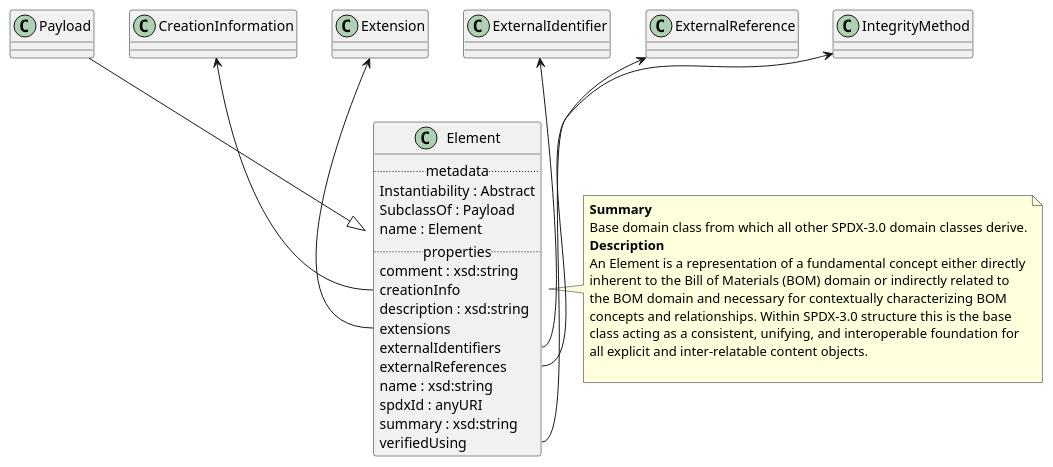
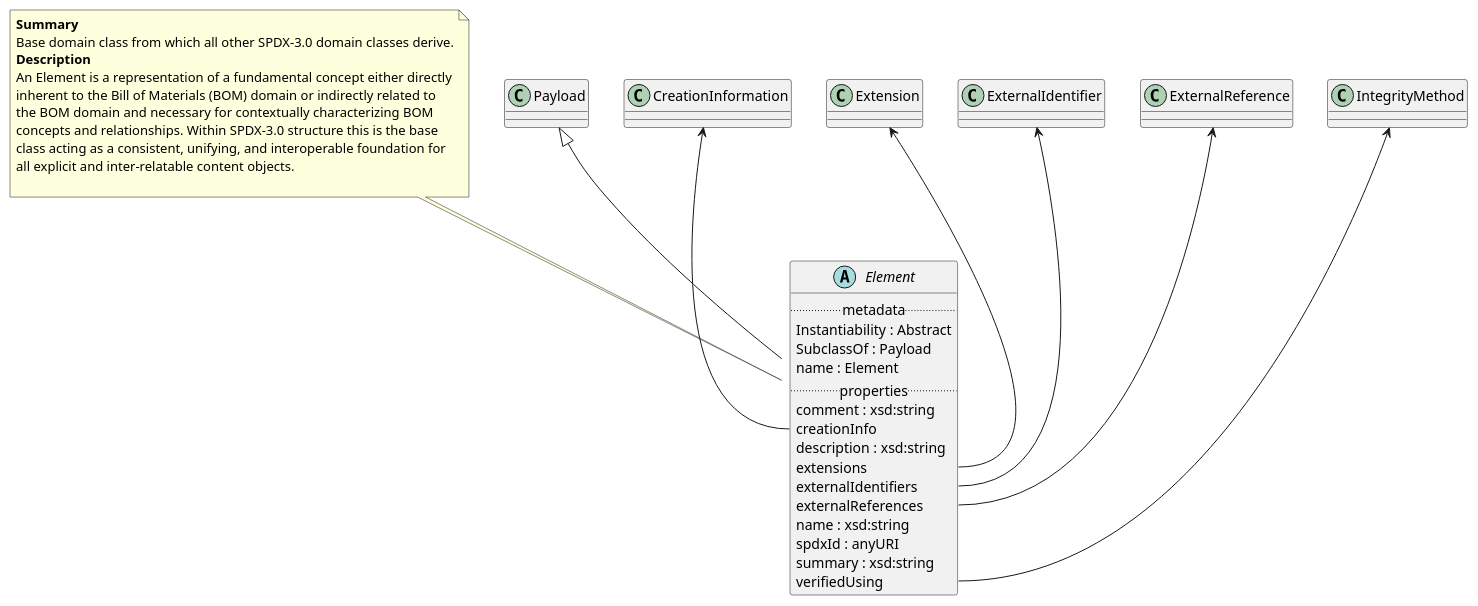
One commit to maxhbr/spec-parser.hs changed the diagram in Classes/Element.puml. Above: the diagram before and after it, drawn with PlantUML. The commit also changed 51 other files, not shown here.

```diff
--- a/Classes/Element.puml
+++ b/Classes/Element.puml
@@ -1,37 +1,37 @@
 @startuml
-class Element {
+abstract Element {
 .. metadata ..
     Instantiability : Abstract
     SubclassOf : Payload
     name : Element
 .. properties ..
     comment : xsd:string
     creationInfo
     description : xsd:string
     extensions
     externalIdentifiers
     externalReferences
     name : xsd:string
     spdxId : anyURI
     summary : xsd:string
     verifiedUsing
 }
-note right of Element
+note top of Element
 <b>Summary</b>
 Base domain class from which all other SPDX-3.0 domain classes derive.
 <b>Description</b>
 An Element is a representation of a fundamental concept either directly
 inherent to the Bill of Materials (BOM) domain or indirectly related to
 the BOM domain and necessary for contextually characterizing BOM
 concepts and relationships. Within SPDX-3.0 structure this is the base
 class acting as a consistent, unifying, and interoperable foundation for
 all explicit and inter-relatable content objects.
 
 end note
-"Payload" --|> "Element"
+"Payload" <|-- "Element"
 "CreationInformation" <-- "Element::creationInfo"
 "Extension" <-- "Element::extensions"
 "ExternalIdentifier" <-- "Element::externalIdentifiers"
 "ExternalReference" <-- "Element::externalReferences"
 "IntegrityMethod" <-- "Element::verifiedUsing"
 @enduml
```
